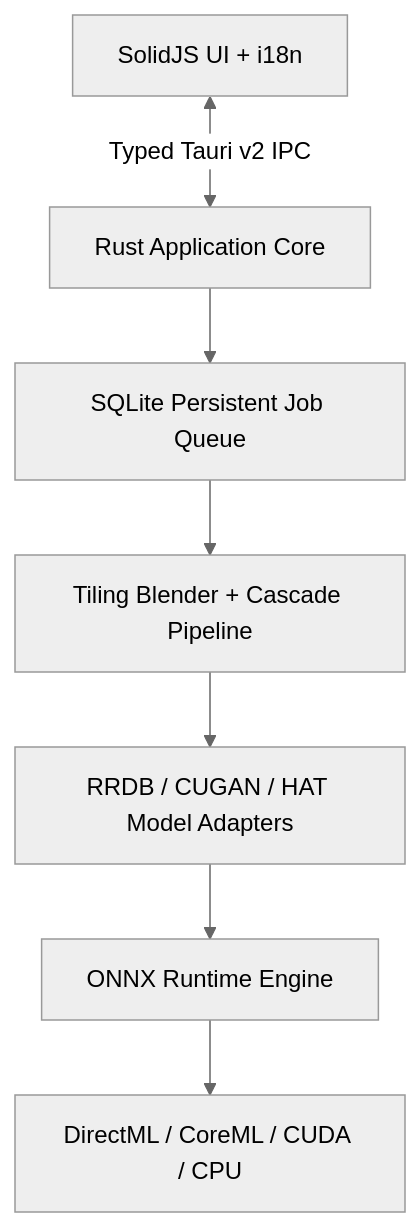
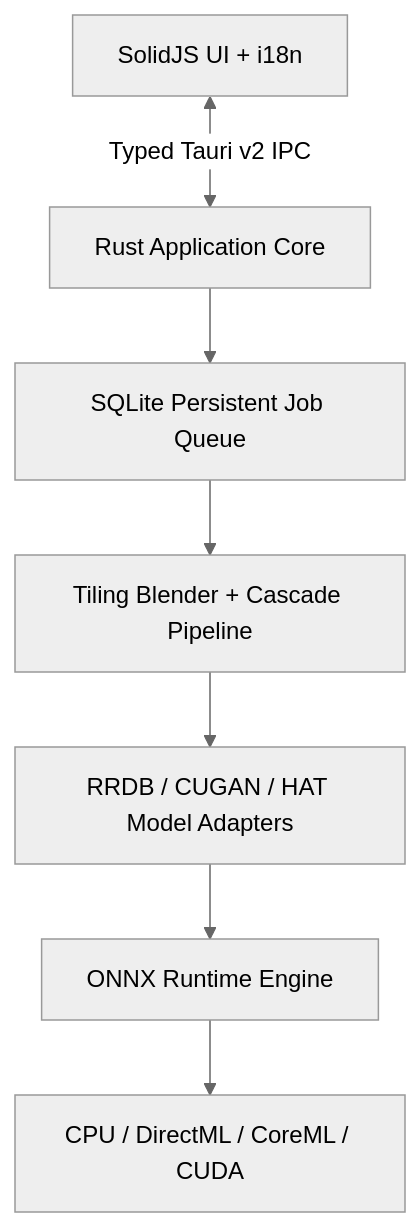
Before and after one commit to BerryUIKI/resvera: the diagram in README.md, drawn with Mermaid (neutral theme). The commit also changed other lines of this file and 4 other files, not shown here.

Commit message:
docs: audit and correct capability claims, provider matrix, and roadmap (#64) (#85)

````diff
--- a/README.md
+++ b/README.md
@@ -38,17 +64,17 @@
 ```mermaid
 flowchart TD
     UI[SolidJS UI + i18n]
     Core[Rust Application Core]
     Queue[SQLite Persistent Job Queue]
     Pipeline[Tiling Blender + Cascade Pipeline]
     Adapter[RRDB / CUGAN / HAT Model Adapters]
     Engine[ONNX Runtime Engine]
-    Provider[DirectML / CoreML / CUDA / CPU]
+    Provider[CPU / DirectML / CoreML / CUDA]
 
     UI <-->|Typed Tauri v2 IPC| Core
     Core --> Queue
     Queue --> Pipeline
     Pipeline --> Adapter
     Adapter --> Engine
     Engine --> Provider
 ```
````
